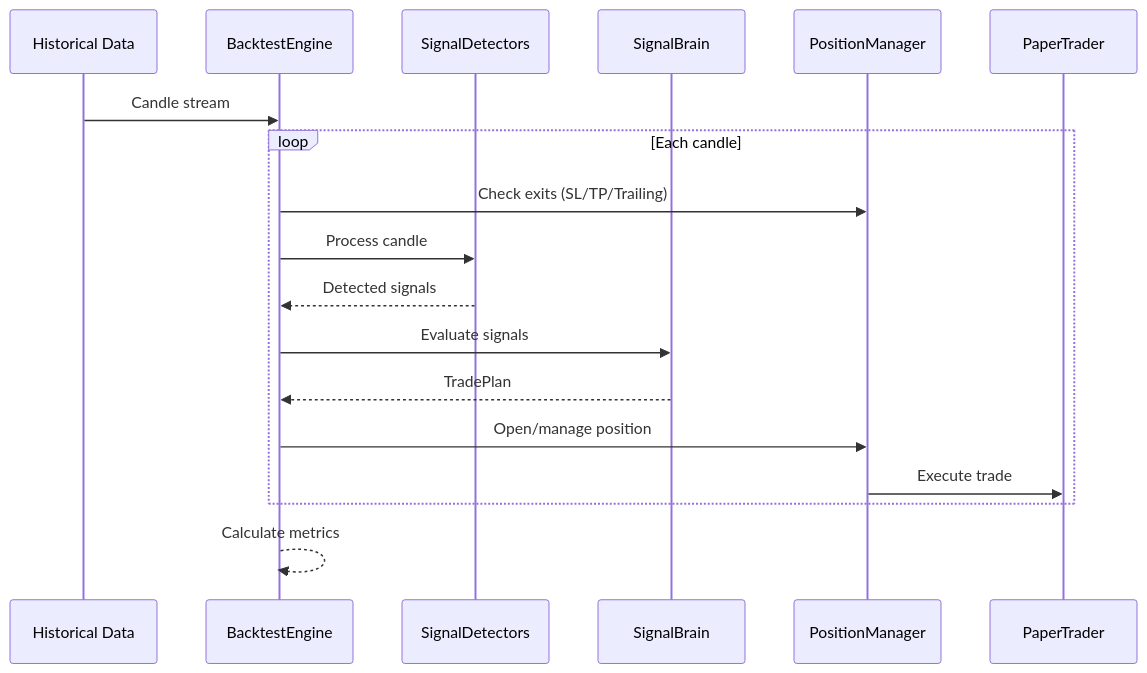
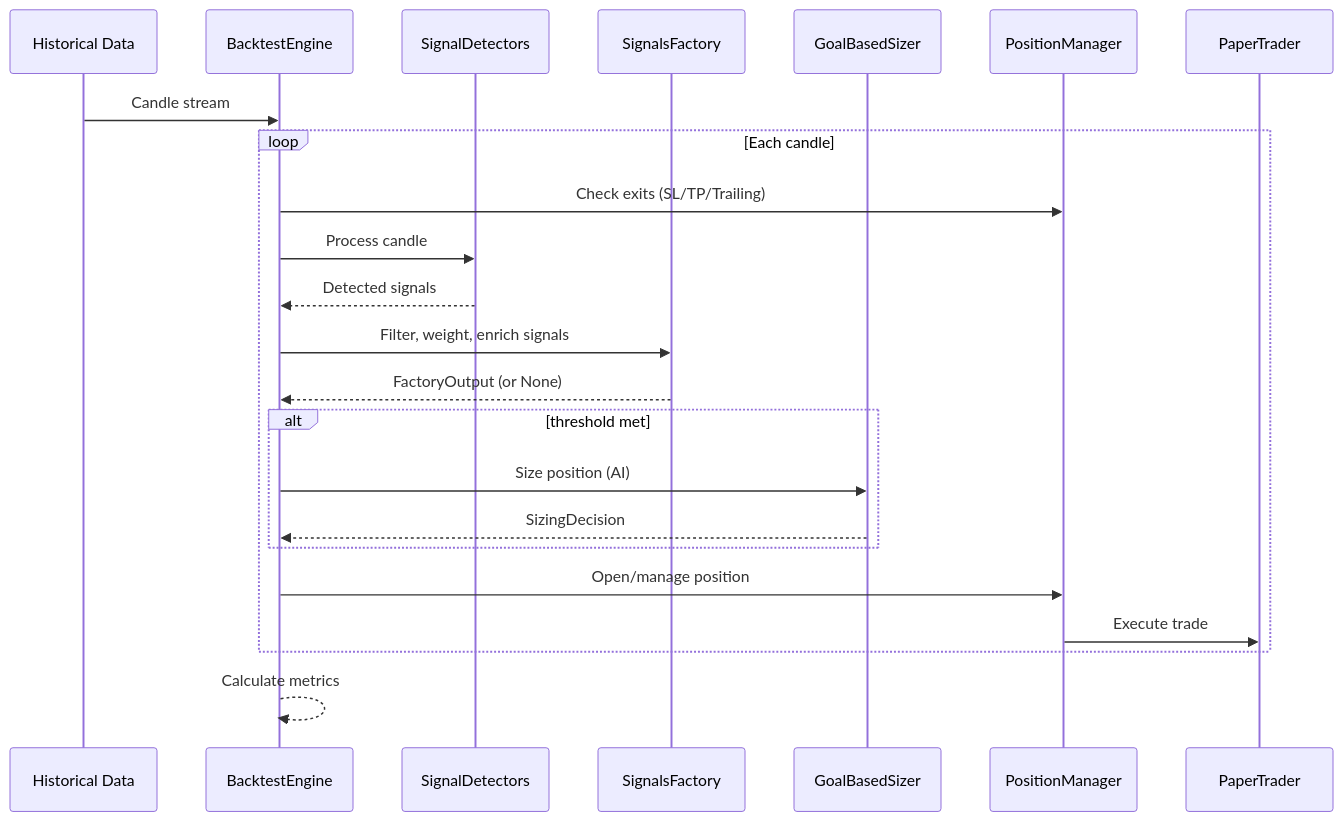
Before and after one commit to ofersarid/trading-bot: the second of 2 diagrams in bot/backtest/README.md, drawn with Mermaid. The commit also changed other lines of this file and 49 other files, not shown here.

First line of the commit message:
feat: Add goal-based AI trading with clean signals architecture

````diff
--- a/bot/backtest/README.md
+++ b/bot/backtest/README.md
@@ -63,21 +64,26 @@
 ```mermaid
 sequenceDiagram
     participant CSV as Historical Data
     participant Engine as BacktestEngine
     participant Signals as SignalDetectors
-    participant Brain as SignalBrain
+    participant Factory as SignalsFactory
+    participant Sizer as GoalBasedSizer
     participant PM as PositionManager
     participant Trader as PaperTrader
 
     CSV->>Engine: Candle stream
     loop Each candle
         Engine->>PM: Check exits (SL/TP/Trailing)
         Engine->>Signals: Process candle
         Signals-->>Engine: Detected signals
-        Engine->>Brain: Evaluate signals
-        Brain-->>Engine: TradePlan
+        Engine->>Factory: Filter, weight, enrich signals
+        Factory-->>Engine: FactoryOutput (or None)
+        alt threshold met
+            Engine->>Sizer: Size position (AI)
+            Sizer-->>Engine: SizingDecision
+        end
         Engine->>PM: Open/manage position
         PM->>Trader: Execute trade
     end
     Engine-->>Engine: Calculate metrics
 ```
````
